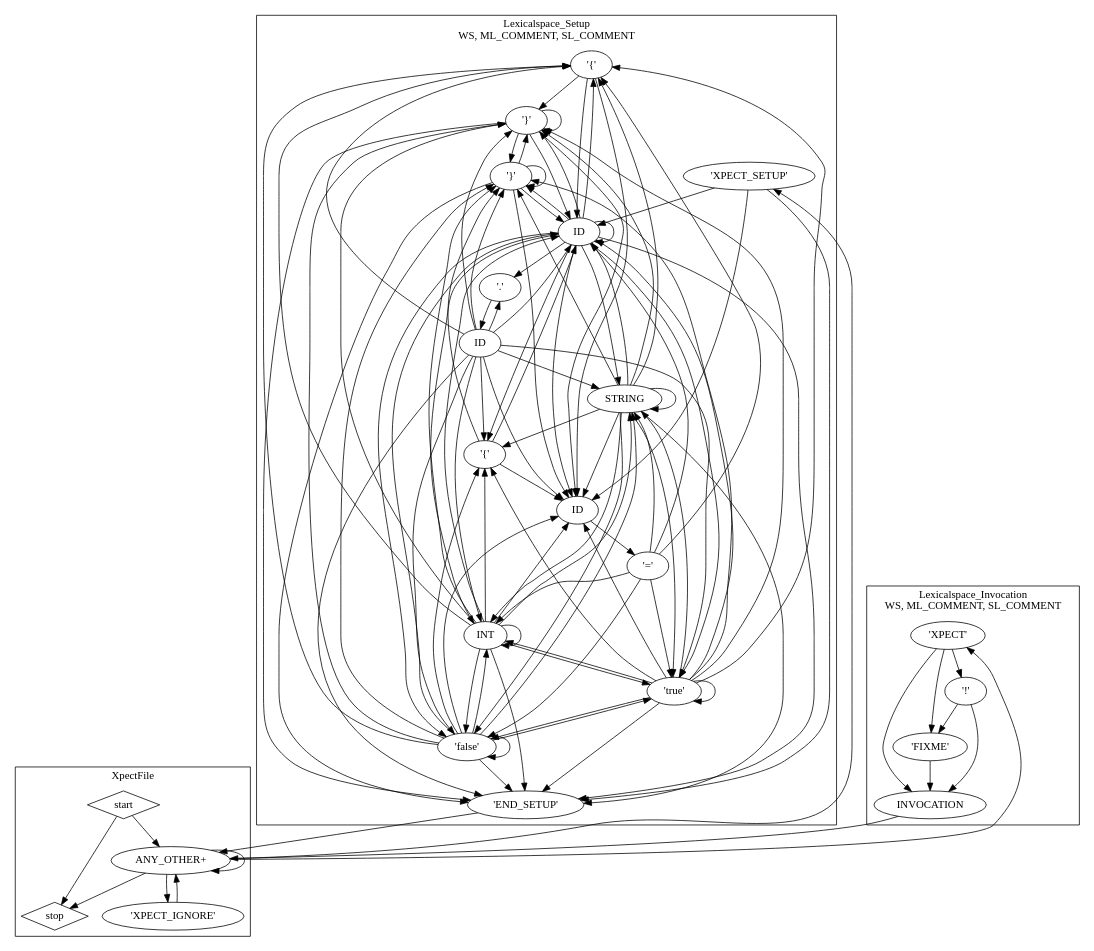
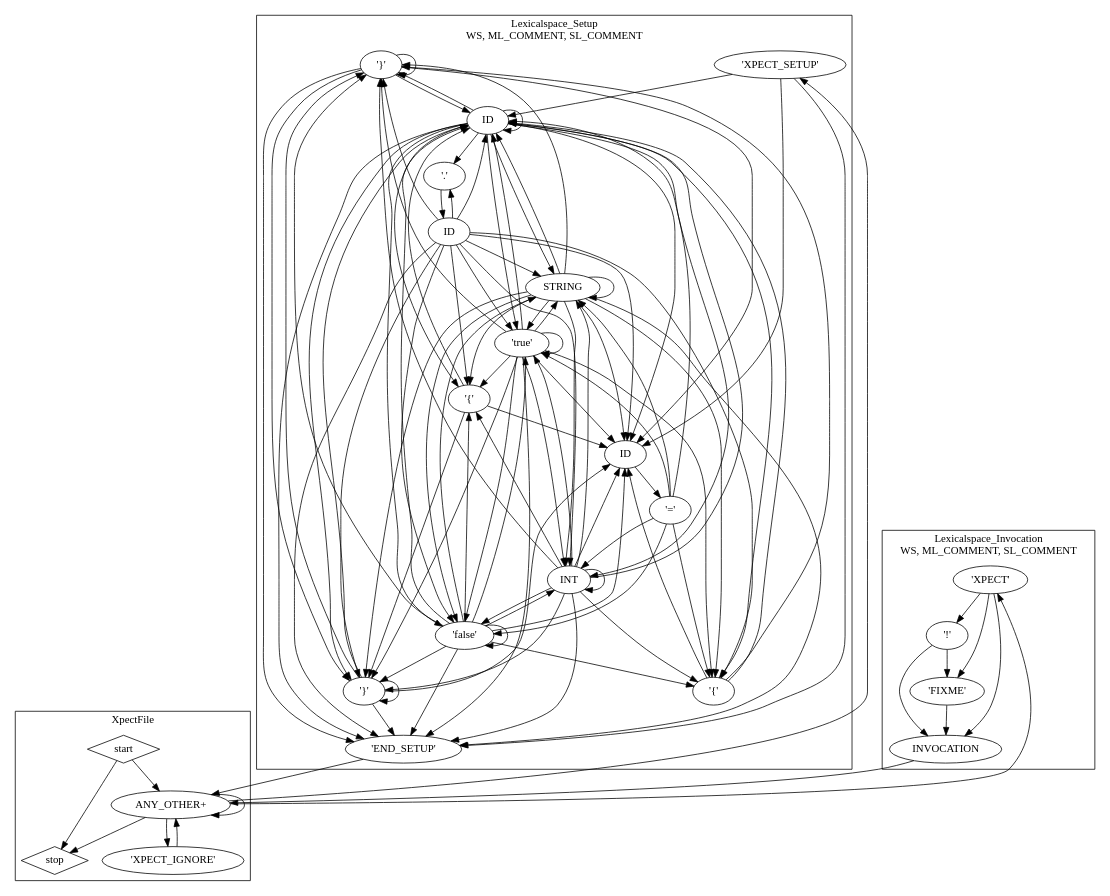
One commit to tjeske/Xpect changed the diagram in org.eclipse.xpect/src-gen/org/eclipse/xpect/lexer/XpectRTGrammarNfa.dot. Above: the diagram before and after it, drawn with Graphviz. The commit also changed 95 other files, not shown here.

```diff
--- a/org.eclipse.xpect/src-gen/org/eclipse/xpect/lexer/XpectRTGrammarNfa.dot
+++ b/org.eclipse.xpect/src-gen/org/eclipse/xpect/lexer/XpectRTGrammarNfa.dot
@@ -1,150 +1,150 @@
 ## This is a Graphviz .dot file (http://www.graphviz.org/)
 ## You can use the command 'dot -Tpdf this.dot > out.pdf' to render it.
 digraph G {
-subgraph cluster_lexicalgroup236055802 {
+subgraph cluster_lexicalgroup440472115 {
 label="XpectFile\n";
-tokennfastate288329615 [label="ANY_OTHER+"];
-tokennfastate1875395688 [shape=diamond,label=stop];
-tokennfastate1925117845 [label="'XPECT_IGNORE'"];
-tokennfastate1792953030 [shape=diamond,label=start];
+tokennfastate1922613977 [shape=diamond,label=start];
+tokennfastate1684834090 [label="'XPECT_IGNORE'"];
+tokennfastate496751830 [shape=diamond,label=stop];
+tokennfastate933837244 [label="ANY_OTHER+"];
 }
 
-subgraph cluster_lexicalgroup50297459 {
+subgraph cluster_lexicalgroup1300528434 {
 label="Lexicalspace_Setup\nWS, ML_COMMENT, SL_COMMENT";
-tokennfastate2010162322 [label="'{'"];
-tokennfastate793164837 [label="'true'"];
-tokennfastate1166254470 [label="'false'"];
-tokennfastate1866484678 [label="'}'"];
-tokennfastate1434796930 [label=ID];
-tokennfastate1786221884 [label="'}'"];
-tokennfastate1202138162 [label="'XPECT_SETUP'"];
-tokennfastate1299158298 [label="'.'"];
-tokennfastate2051378291 [label=ID];
-tokennfastate292568264 [label=INT];
-tokennfastate364413600 [label="'END_SETUP'"];
-tokennfastate1842040624 [label="'{'"];
-tokennfastate2017703518 [label=STRING];
-tokennfastate472467991 [label=ID];
-tokennfastate1044144931 [label="'='"];
+tokennfastate1798538641 [label="'}'"];
+tokennfastate1521743377 [label=INT];
+tokennfastate597410879 [label="'='"];
+tokennfastate1445093476 [label=ID];
+tokennfastate1823741948 [label=ID];
+tokennfastate1960277755 [label="'.'"];
+tokennfastate1152013701 [label="'false'"];
+tokennfastate930921902 [label="'XPECT_SETUP'"];
+tokennfastate305047772 [label="'{'"];
+tokennfastate1669546416 [label="'}'"];
+tokennfastate87785224 [label=ID];
+tokennfastate2036515285 [label="'END_SETUP'"];
+tokennfastate585212380 [label="'{'"];
+tokennfastate347396363 [label="'true'"];
+tokennfastate1080945842 [label=STRING];
 }
 
-subgraph cluster_lexicalgroup1874542689 {
+subgraph cluster_lexicalgroup1792088662 {
 label="Lexicalspace_Invocation\nWS, ML_COMMENT, SL_COMMENT";
-tokennfastate1191183951 [label=INVOCATION];
-tokennfastate264953989 [label="'XPECT'"];
-tokennfastate525180031 [label="'FIXME'"];
-tokennfastate49737193 [label="'!'"];
+tokennfastate1090329208 [label="'FIXME'"];
+tokennfastate661943548 [label="'XPECT'"];
+tokennfastate859984241 [label=INVOCATION];
+tokennfastate205300866 [label="'!'"];
 }
 
-tokennfastate288329615->tokennfastate1925117845 [];
-tokennfastate288329615->tokennfastate1202138162 [];
-tokennfastate288329615->tokennfastate264953989 [];
-tokennfastate288329615->tokennfastate1875395688 [];
-tokennfastate288329615->tokennfastate288329615 [];
-tokennfastate1925117845->tokennfastate288329615 [];
-tokennfastate1792953030->tokennfastate1875395688 [];
-tokennfastate1792953030->tokennfastate288329615 [];
-tokennfastate2010162322->tokennfastate1786221884 [];
-tokennfastate2010162322->tokennfastate2051378291 [];
-tokennfastate2010162322->tokennfastate472467991 [];
-tokennfastate793164837->tokennfastate2010162322 [];
-tokennfastate793164837->tokennfastate1866484678 [];
-tokennfastate793164837->tokennfastate472467991 [];
-tokennfastate793164837->tokennfastate2051378291 [];
-tokennfastate793164837->tokennfastate1786221884 [];
-tokennfastate793164837->tokennfastate364413600 [];
-tokennfastate793164837->tokennfastate1842040624 [];
-tokennfastate793164837->tokennfastate793164837 [];
-tokennfastate793164837->tokennfastate1166254470 [];
-tokennfastate793164837->tokennfastate292568264 [];
-tokennfastate793164837->tokennfastate2017703518 [];
-tokennfastate1166254470->tokennfastate2010162322 [];
-tokennfastate1166254470->tokennfastate1866484678 [];
-tokennfastate1166254470->tokennfastate472467991 [];
-tokennfastate1166254470->tokennfastate2051378291 [];
-tokennfastate1166254470->tokennfastate1786221884 [];
-tokennfastate1166254470->tokennfastate364413600 [];
-tokennfastate1166254470->tokennfastate1842040624 [];
-tokennfastate1166254470->tokennfastate793164837 [];
-tokennfastate1166254470->tokennfastate1166254470 [];
-tokennfastate1166254470->tokennfastate292568264 [];
-tokennfastate1166254470->tokennfastate2017703518 [];
-tokennfastate1866484678->tokennfastate364413600 [];
-tokennfastate1866484678->tokennfastate472467991 [];
-tokennfastate1866484678->tokennfastate2051378291 [];
-tokennfastate1866484678->tokennfastate1866484678 [];
-tokennfastate1866484678->tokennfastate1786221884 [];
-tokennfastate1434796930->tokennfastate1842040624 [];
-tokennfastate1434796930->tokennfastate793164837 [];
-tokennfastate1434796930->tokennfastate1166254470 [];
-tokennfastate1434796930->tokennfastate292568264 [];
-tokennfastate1434796930->tokennfastate2017703518 [];
-tokennfastate1434796930->tokennfastate1866484678 [];
-tokennfastate1434796930->tokennfastate472467991 [];
-tokennfastate1434796930->tokennfastate2051378291 [];
-tokennfastate1434796930->tokennfastate1786221884 [];
-tokennfastate1434796930->tokennfastate364413600 [];
-tokennfastate1434796930->tokennfastate2010162322 [];
-tokennfastate1434796930->tokennfastate1299158298 [];
-tokennfastate1786221884->tokennfastate1866484678 [];
-tokennfastate1786221884->tokennfastate472467991 [];
-tokennfastate1786221884->tokennfastate2051378291 [];
-tokennfastate1786221884->tokennfastate1786221884 [];
-tokennfastate1786221884->tokennfastate364413600 [];
-tokennfastate1202138162->tokennfastate364413600 [];
-tokennfastate1202138162->tokennfastate472467991 [];
-tokennfastate1202138162->tokennfastate2051378291 [];
-tokennfastate1299158298->tokennfastate1434796930 [];
-tokennfastate2051378291->tokennfastate1044144931 [];
-tokennfastate292568264->tokennfastate2010162322 [];
-tokennfastate292568264->tokennfastate1866484678 [];
-tokennfastate292568264->tokennfastate472467991 [];
-tokennfastate292568264->tokennfastate2051378291 [];
-tokennfastate292568264->tokennfastate1786221884 [];
-tokennfastate292568264->tokennfastate364413600 [];
-tokennfastate292568264->tokennfastate1842040624 [];
-tokennfastate292568264->tokennfastate793164837 [];
-tokennfastate292568264->tokennfastate1166254470 [];
-tokennfastate292568264->tokennfastate292568264 [];
-tokennfastate292568264->tokennfastate2017703518 [];
-tokennfastate364413600->tokennfastate288329615 [];
-tokennfastate1842040624->tokennfastate1866484678 [];
-tokennfastate1842040624->tokennfastate472467991 [];
-tokennfastate1842040624->tokennfastate2051378291 [];
-tokennfastate2017703518->tokennfastate2010162322 [];
-tokennfastate2017703518->tokennfastate1866484678 [];
-tokennfastate2017703518->tokennfastate472467991 [];
-tokennfastate2017703518->tokennfastate2051378291 [];
-tokennfastate2017703518->tokennfastate1786221884 [];
-tokennfastate2017703518->tokennfastate364413600 [];
-tokennfastate2017703518->tokennfastate1842040624 [];
-tokennfastate2017703518->tokennfastate793164837 [];
-tokennfastate2017703518->tokennfastate1166254470 [];
-tokennfastate2017703518->tokennfastate292568264 [];
-tokennfastate2017703518->tokennfastate2017703518 [];
-tokennfastate472467991->tokennfastate364413600 [];
-tokennfastate472467991->tokennfastate472467991 [];
-tokennfastate472467991->tokennfastate2051378291 [];
-tokennfastate472467991->tokennfastate1299158298 [];
-tokennfastate472467991->tokennfastate1866484678 [];
-tokennfastate472467991->tokennfastate1786221884 [];
-tokennfastate472467991->tokennfastate793164837 [];
-tokennfastate472467991->tokennfastate1166254470 [];
-tokennfastate472467991->tokennfastate292568264 [];
-tokennfastate472467991->tokennfastate2017703518 [];
-tokennfastate472467991->tokennfastate2010162322 [];
-tokennfastate472467991->tokennfastate1842040624 [];
-tokennfastate1044144931->tokennfastate472467991 [];
-tokennfastate1044144931->tokennfastate2010162322 [];
-tokennfastate1044144931->tokennfastate793164837 [];
-tokennfastate1044144931->tokennfastate1166254470 [];
-tokennfastate1044144931->tokennfastate292568264 [];
-tokennfastate1044144931->tokennfastate2017703518 [];
-tokennfastate1191183951->tokennfastate288329615 [];
-tokennfastate264953989->tokennfastate1191183951 [];
-tokennfastate264953989->tokennfastate49737193 [];
-tokennfastate264953989->tokennfastate525180031 [];
-tokennfastate525180031->tokennfastate1191183951 [];
-tokennfastate49737193->tokennfastate1191183951 [];
-tokennfastate49737193->tokennfastate525180031 [];
+tokennfastate1922613977->tokennfastate496751830 [];
+tokennfastate1922613977->tokennfastate933837244 [];
+tokennfastate1684834090->tokennfastate933837244 [];
+tokennfastate933837244->tokennfastate1684834090 [];
+tokennfastate933837244->tokennfastate930921902 [];
+tokennfastate933837244->tokennfastate661943548 [];
+tokennfastate933837244->tokennfastate496751830 [];
+tokennfastate933837244->tokennfastate933837244 [];
+tokennfastate1798538641->tokennfastate1669546416 [];
+tokennfastate1798538641->tokennfastate1445093476 [];
+tokennfastate1798538641->tokennfastate87785224 [];
+tokennfastate1798538641->tokennfastate1798538641 [];
+tokennfastate1798538641->tokennfastate2036515285 [];
+tokennfastate1521743377->tokennfastate305047772 [];
+tokennfastate1521743377->tokennfastate1669546416 [];
+tokennfastate1521743377->tokennfastate1445093476 [];
+tokennfastate1521743377->tokennfastate87785224 [];
+tokennfastate1521743377->tokennfastate1798538641 [];
+tokennfastate1521743377->tokennfastate2036515285 [];
+tokennfastate1521743377->tokennfastate585212380 [];
+tokennfastate1521743377->tokennfastate347396363 [];
+tokennfastate1521743377->tokennfastate1152013701 [];
+tokennfastate1521743377->tokennfastate1521743377 [];
+tokennfastate1521743377->tokennfastate1080945842 [];
+tokennfastate597410879->tokennfastate1445093476 [];
+tokennfastate597410879->tokennfastate305047772 [];
+tokennfastate597410879->tokennfastate347396363 [];
+tokennfastate597410879->tokennfastate1152013701 [];
+tokennfastate597410879->tokennfastate1521743377 [];
+tokennfastate597410879->tokennfastate1080945842 [];
+tokennfastate1445093476->tokennfastate2036515285 [];
+tokennfastate1445093476->tokennfastate1445093476 [];
+tokennfastate1445093476->tokennfastate87785224 [];
+tokennfastate1445093476->tokennfastate1960277755 [];
+tokennfastate1445093476->tokennfastate1669546416 [];
+tokennfastate1445093476->tokennfastate1798538641 [];
+tokennfastate1445093476->tokennfastate347396363 [];
+tokennfastate1445093476->tokennfastate1152013701 [];
+tokennfastate1445093476->tokennfastate1521743377 [];
+tokennfastate1445093476->tokennfastate1080945842 [];
+tokennfastate1445093476->tokennfastate305047772 [];
+tokennfastate1445093476->tokennfastate585212380 [];
+tokennfastate1823741948->tokennfastate585212380 [];
+tokennfastate1823741948->tokennfastate347396363 [];
+tokennfastate1823741948->tokennfastate1152013701 [];
+tokennfastate1823741948->tokennfastate1521743377 [];
+tokennfastate1823741948->tokennfastate1080945842 [];
+tokennfastate1823741948->tokennfastate1669546416 [];
+tokennfastate1823741948->tokennfastate1445093476 [];
+tokennfastate1823741948->tokennfastate87785224 [];
+tokennfastate1823741948->tokennfastate1798538641 [];
+tokennfastate1823741948->tokennfastate2036515285 [];
+tokennfastate1823741948->tokennfastate305047772 [];
+tokennfastate1823741948->tokennfastate1960277755 [];
+tokennfastate1960277755->tokennfastate1823741948 [];
+tokennfastate1152013701->tokennfastate305047772 [];
+tokennfastate1152013701->tokennfastate1669546416 [];
+tokennfastate1152013701->tokennfastate1445093476 [];
+tokennfastate1152013701->tokennfastate87785224 [];
+tokennfastate1152013701->tokennfastate1798538641 [];
+tokennfastate1152013701->tokennfastate2036515285 [];
+tokennfastate1152013701->tokennfastate585212380 [];
+tokennfastate1152013701->tokennfastate347396363 [];
+tokennfastate1152013701->tokennfastate1152013701 [];
+tokennfastate1152013701->tokennfastate1521743377 [];
+tokennfastate1152013701->tokennfastate1080945842 [];
+tokennfastate930921902->tokennfastate2036515285 [];
+tokennfastate930921902->tokennfastate1445093476 [];
+tokennfastate930921902->tokennfastate87785224 [];
+tokennfastate305047772->tokennfastate1798538641 [];
+tokennfastate305047772->tokennfastate87785224 [];
+tokennfastate305047772->tokennfastate1445093476 [];
+tokennfastate1669546416->tokennfastate2036515285 [];
+tokennfastate1669546416->tokennfastate1445093476 [];
+tokennfastate1669546416->tokennfastate87785224 [];
+tokennfastate1669546416->tokennfastate1669546416 [];
+tokennfastate1669546416->tokennfastate1798538641 [];
+tokennfastate87785224->tokennfastate597410879 [];
+tokennfastate2036515285->tokennfastate933837244 [];
+tokennfastate585212380->tokennfastate1669546416 [];
+tokennfastate585212380->tokennfastate1445093476 [];
+tokennfastate585212380->tokennfastate87785224 [];
+tokennfastate347396363->tokennfastate305047772 [];
+tokennfastate347396363->tokennfastate1669546416 [];
+tokennfastate347396363->tokennfastate1445093476 [];
+tokennfastate347396363->tokennfastate87785224 [];
+tokennfastate347396363->tokennfastate1798538641 [];
+tokennfastate347396363->tokennfastate2036515285 [];
+tokennfastate347396363->tokennfastate585212380 [];
+tokennfastate347396363->tokennfastate347396363 [];
+tokennfastate347396363->tokennfastate1152013701 [];
+tokennfastate347396363->tokennfastate1521743377 [];
+tokennfastate347396363->tokennfastate1080945842 [];
+tokennfastate1080945842->tokennfastate305047772 [];
+tokennfastate1080945842->tokennfastate1669546416 [];
+tokennfastate1080945842->tokennfastate1445093476 [];
+tokennfastate1080945842->tokennfastate87785224 [];
+tokennfastate1080945842->tokennfastate1798538641 [];
+tokennfastate1080945842->tokennfastate2036515285 [];
+tokennfastate1080945842->tokennfastate585212380 [];
+tokennfastate1080945842->tokennfastate347396363 [];
+tokennfastate1080945842->tokennfastate1152013701 [];
+tokennfastate1080945842->tokennfastate1521743377 [];
+tokennfastate1080945842->tokennfastate1080945842 [];
+tokennfastate1090329208->tokennfastate859984241 [];
+tokennfastate661943548->tokennfastate859984241 [];
+tokennfastate661943548->tokennfastate205300866 [];
+tokennfastate661943548->tokennfastate1090329208 [];
+tokennfastate859984241->tokennfastate933837244 [];
+tokennfastate205300866->tokennfastate859984241 [];
+tokennfastate205300866->tokennfastate1090329208 [];
 }
```
